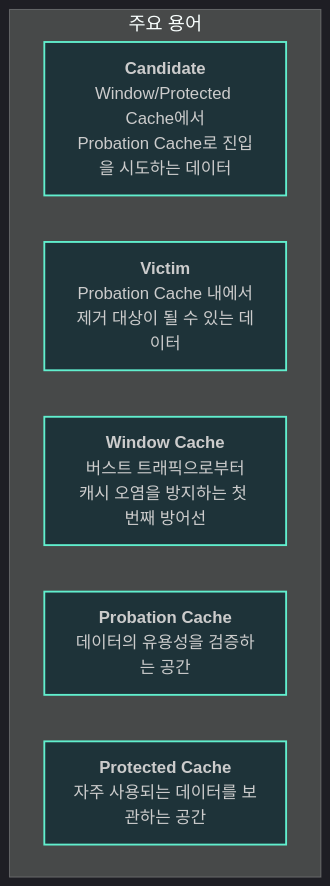
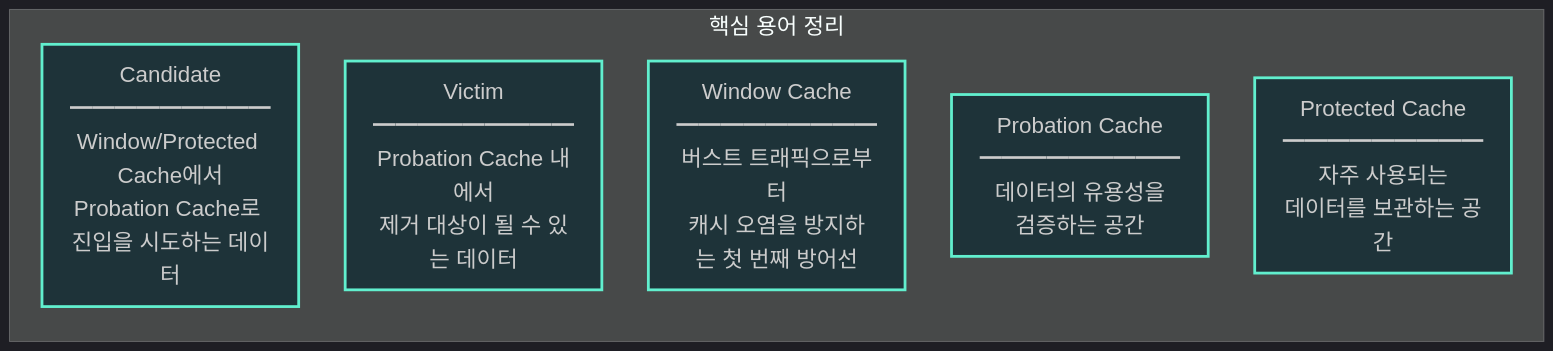
Before and after one commit to K-Diger/K-Diger.github.io: the third of 3 diagrams in _posts/2023-01-01-SUWIKI-4.md, drawn with Mermaid. The commit also changed other lines of this file, not shown here.

Commit message:
Caffeine Cache

````diff
--- a/_posts/2023-01-01-SUWIKI-4.md
+++ b/_posts/2023-01-01-SUWIKI-4.md
@@ -114,22 +114,39 @@
 ```mermaid
-%%{init: { 'theme':'dark', 'themeVariables': { 'fontSize': '20px' } }}%%
-graph TD
-   subgraph Terms["주요 용어"]
-       T1["`**Candidate**
-       Window/Protected Cache에서
-       Probation Cache로 진입을 시도하는 데이터`"]
-       T2["`**Victim**
-       Probation Cache 내에서
-       제거 대상이 될 수 있는 데이터`"]
-       T3["`**Window Cache**
-       버스트 트래픽으로부터
-       캐시 오염을 방지하는 첫 번째 방어선`"]
-       T4["`**Probation Cache**
-       데이터의 유용성을 검증하는 공간`"]
-       T5["`**Protected Cache**
-       자주 사용되는 데이터를 보관하는 공간`"]
-   end
+%%{init: { 'theme':'dark', 'themeVariables': { 'fontSize': '24px', 'fontFamily': 'Arial' } }}%%
+graph LR
+    subgraph Terminology["핵심 용어 정리"]
+        direction TB
+        A["`Candidate
+        ━━━━━━━━━
+        Window/Protected Cache에서
+        Probation Cache로 진입을 시도하는 데이터
+        `"]
 
-   classDef termBox fill:#1e3339,stroke:#61efce,stroke-width:2px,font-size:18px
-   class T1,T2,T3,T4,T5 termBox
+        B["`Victim
+        ━━━━━━━━━
+        Probation Cache 내에서
+        제거 대상이 될 수 있는 데이터
+        `"]
+
+        C["`Window Cache
+        ━━━━━━━━━
+        버스트 트래픽으로부터
+        캐시 오염을 방지하는 첫 번째 방어선
+        `"]
+
+        D["`Probation Cache
+        ━━━━━━━━━
+        데이터의 유용성을
+        검증하는 공간
+        `"]
+
+        E["`Protected Cache
+        ━━━━━━━━━
+        자주 사용되는
+        데이터를 보관하는 공간
+        `"]
+    end
+
+    classDef termBox fill:#1e3339,stroke:#61efce,stroke-width:3px,font-size:24px,text-align:center
+    class A,B,C,D,E termBox
 ```
````
